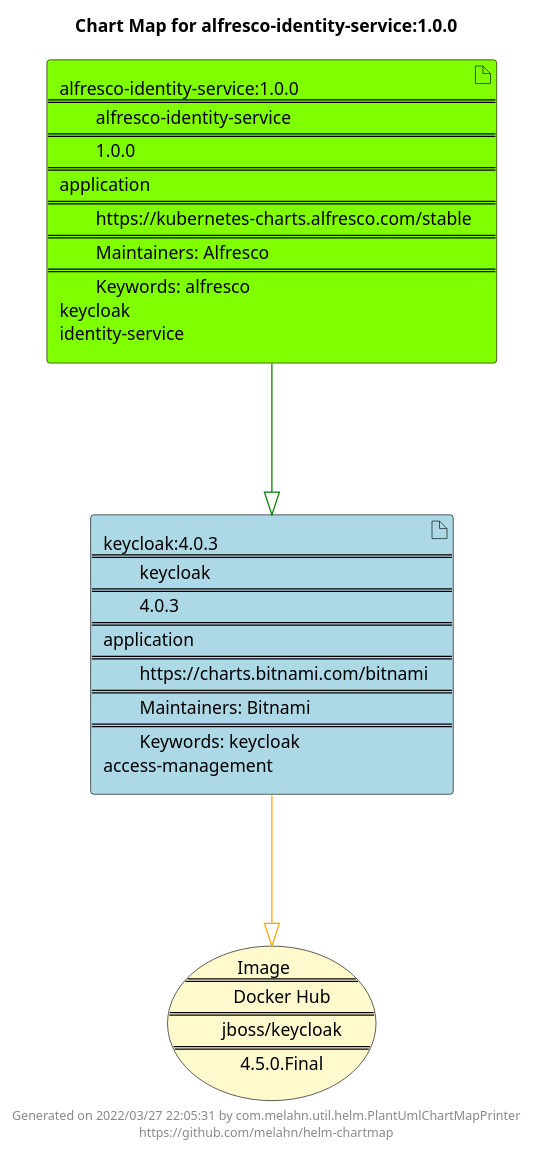
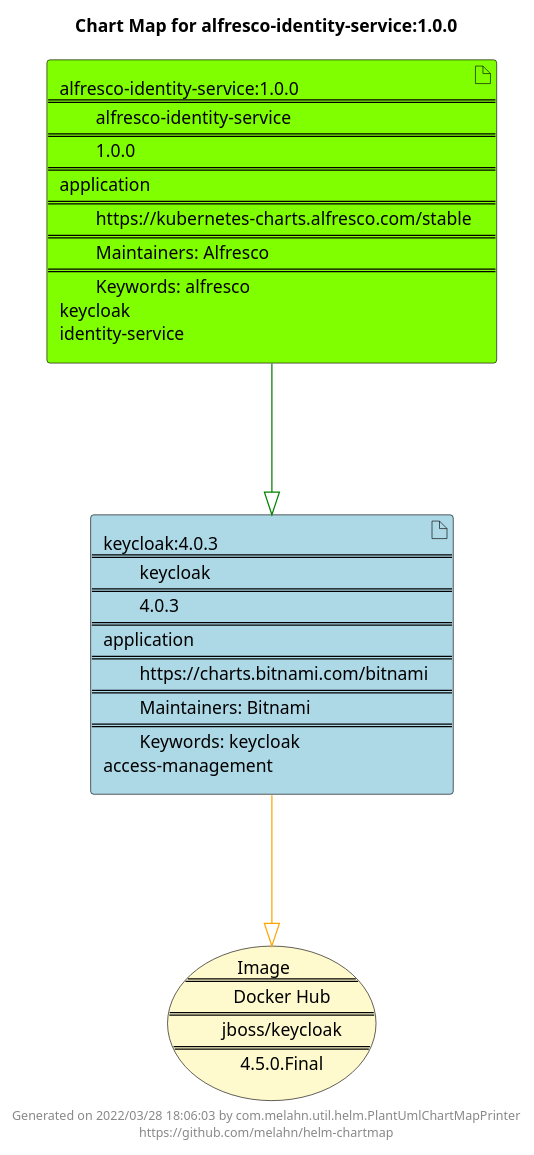
One commit to melahn/helm-chartmap changed the diagram in docs/alfresco-identity-service/alfresco-identity-service-1.0.0.puml. Above: the diagram before and after it, drawn with PlantUML. The commit also changed 55 other files, not shown here.

Commit message:
Update Example Chart Maps as part of GitHub build

```diff
--- a/docs/alfresco-identity-service/alfresco-identity-service-1.0.0.puml
+++ b/docs/alfresco-identity-service/alfresco-identity-service-1.0.0.puml
@@ -1,23 +1,23 @@
 @startuml
 skinparam linetype ortho
 skinparam backgroundColor white
 skinparam usecaseBorderColor black
 skinparam usecaseArrowColor LightSlateGray
 skinparam artifactBorderColor black
 skinparam artifactArrowColor LightSlateGray
 
 title Chart Map for alfresco-identity-service:1.0.0
 
 'There are 2 referenced Helm Charts
 artifact "keycloak:4.0.3\n====\n\tkeycloak\n====\n\t4.0.3\n====\napplication\n====\n\thttps://charts.bitnami.com/bitnami\n====\n\tMaintainers: Bitnami\n====\n\tKeywords: keycloak\naccess-management" as keycloak_4_0_3 #LightBlue
 artifact "alfresco-identity-service:1.0.0\n====\n\talfresco-identity-service\n====\n\t1.0.0\n====\napplication\n====\n\thttps://kubernetes-charts.alfresco.com/stable\n====\n\tMaintainers: Alfresco\n====\n\tKeywords: alfresco\nkeycloak\nidentity-service" as alfresco_identity_service_1_0_0 #Chartreuse
 
 'There is one referenced Docker Image
 usecase "Image\n====\n\tDocker Hub\n====\n\tjboss/keycloak\n====\n\t4.5.0.Final" as jboss_keycloak_4_5_0_Final #LemonChiffon
 
 'Chart Dependencies
 alfresco_identity_service_1_0_0--[#green]-|>keycloak_4_0_3
 keycloak_4_0_3--[#orange]-|>jboss_keycloak_4_5_0_Final
 
-center footer Generated on 2022/03/27 22:05:31 by com.melahn.util.helm.PlantUmlChartMapPrinter\nhttps://github.com/melahn/helm-chartmap
+center footer Generated on 2022/03/28 18:06:03 by com.melahn.util.helm.PlantUmlChartMapPrinter\nhttps://github.com/melahn/helm-chartmap
 @enduml
```
